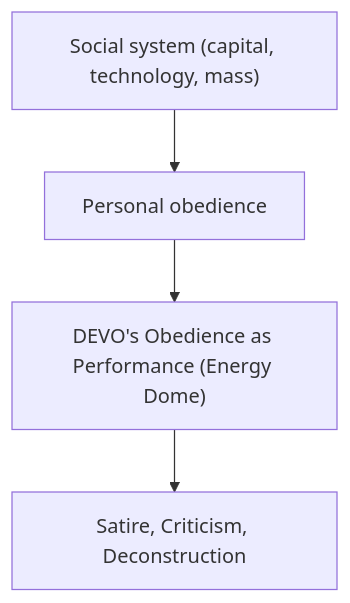
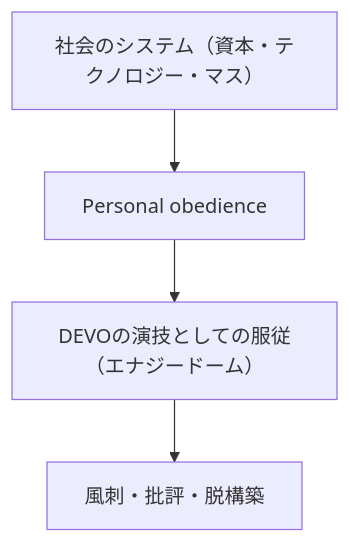
The first of 2 diagrams in en/_posts/2025-10-28-column-devo-energy-dome.md (monumental-movement/monumental-movement.github.io), drawn with Mermaid before and after one commit. The commit also changed other lines of this file and 2196 other files, not shown here.

```diff
--- a/en/_posts/2025-10-28-column-devo-energy-dome.md
+++ b/en/_posts/2025-10-28-column-devo-energy-dome.md
@@ -116,12 +115,12 @@
 <div class="mermaid">
 
 graph TD
-  A["Social system (capital, technology, mass)"]
+  A["社会のシステム（資本・テクノロジー・マス）"]
   B["Personal obedience"]
-  C["DEVO's Obedience as Performance (Energy Dome)"]
-  D["Satire, Criticism, Deconstruction"]
+  C["DEVOの演技としての服従（エナジードーム）"]
+  D["風刺・批評・脱構築"]
   A --> B
   B --> C
   C --> D
 
 </div>
```
